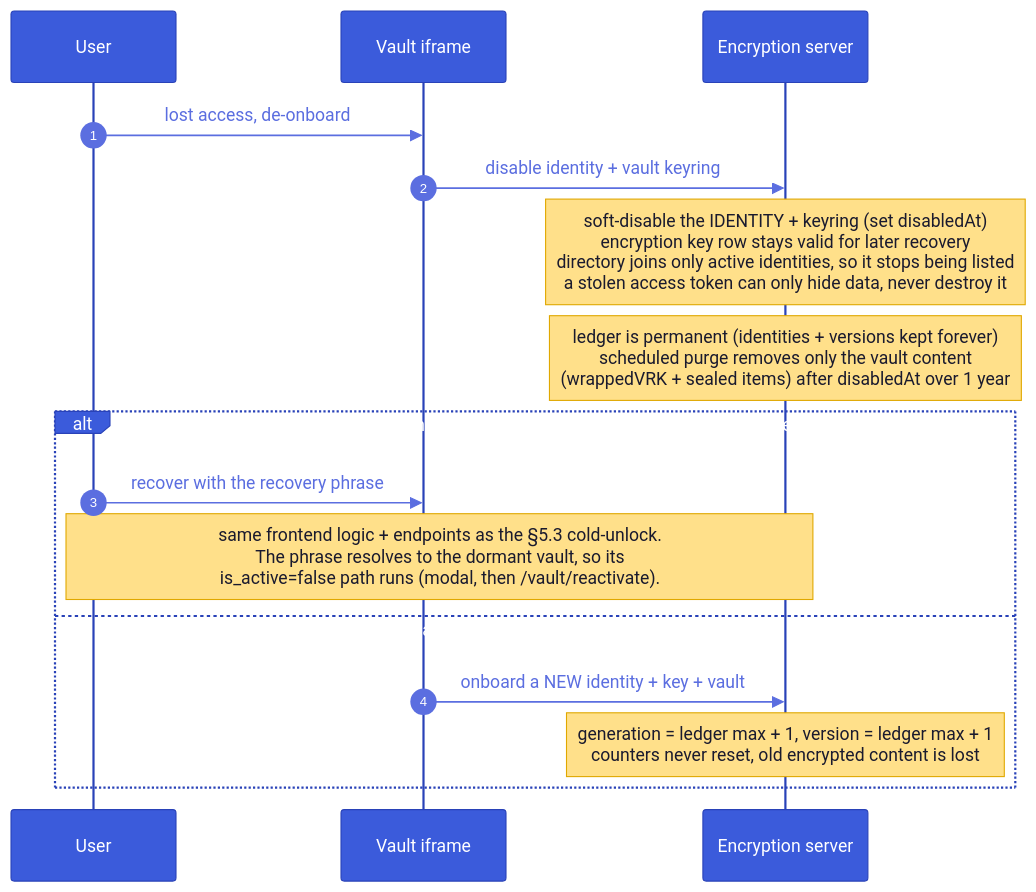
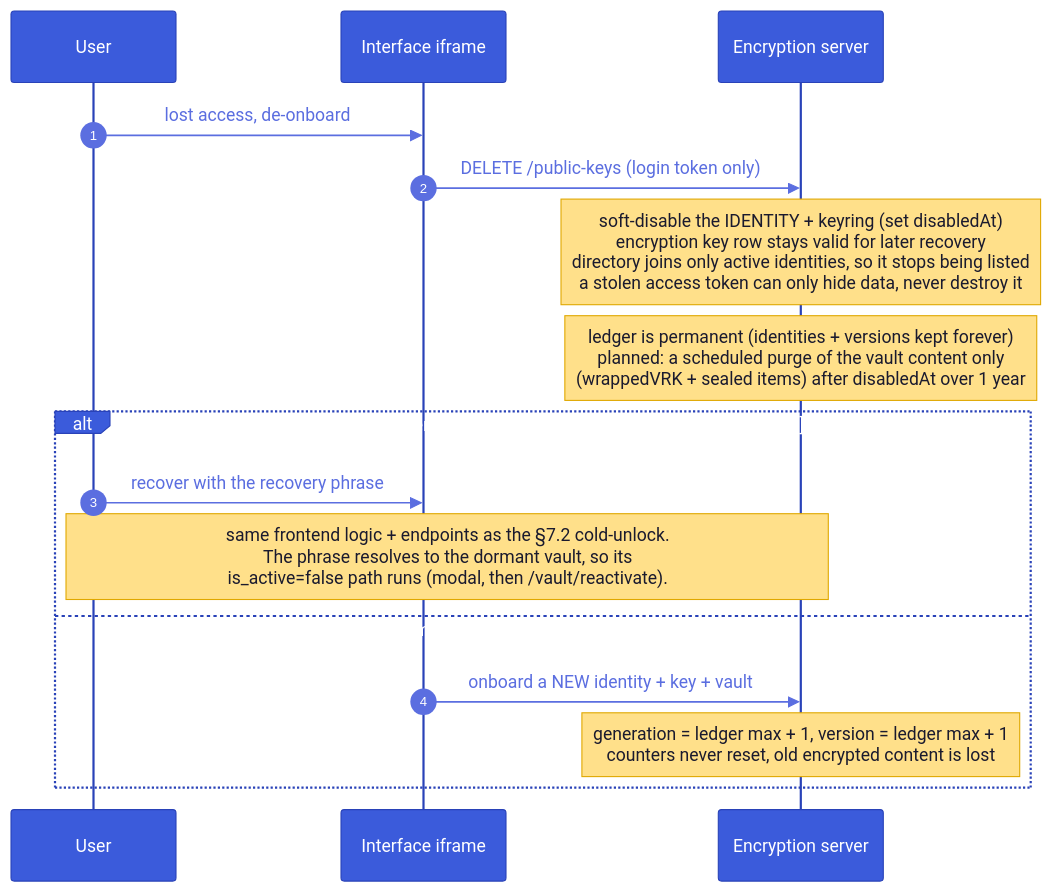
Before and after one commit to suitenumerique/encryption: diagram 19 of 24 in architecture.md, drawn with Mermaid. The commit also changed other lines of this file and 24 other files, not shown here.

Commit message:
fix(crypto): encrypt with xchacha20-poly1305 aead instead of xsalsa20 secretbox as documented + harden vault integrity checks & chore(docs): rework the architecture document

````diff
--- a/architecture.md
+++ b/architecture.md
@@ -571,19 +1277,19 @@
 ```mermaid
-%%{init: {'theme':'base','themeVariables':{'actorBkg':'#3b5bdb','actorTextColor':'#fff','actorBorder':'#2942b8','signalColor':'#5b6ee0','signalTextColor':'#5b6ee0','noteBkgColor':'#ffe08a','noteTextColor':'#1a1a2e','noteBorderColor':'#e0a800','sequenceNumberColor':'#fff'}}}%%
+%%{init: {'theme':'base','look':'classic','themeVariables':{'actorBkg':'#3b5bdb','actorTextColor':'#fff','actorBorder':'#2942b8','signalColor':'#5b6ee0','signalTextColor':'#5b6ee0','noteBkgColor':'#ffe08a','noteTextColor':'#1a1a2e','noteBorderColor':'#e0a800','sequenceNumberColor':'#fff'}}}%%
 sequenceDiagram
   autonumber
   participant U as User
-  participant V as Vault iframe
+  participant V as Interface iframe
   participant API as Encryption server
   U->>V: lost access, de-onboard
-  V->>API: disable identity + vault keyring
+  V->>API: DELETE /public-keys (login token only)
   Note over API: soft-disable the IDENTITY + keyring (set disabledAt)<br/>encryption key row stays valid for later recovery<br/>directory joins only active identities, so it stops being listed<br/>a stolen access token can only hide data, never destroy it
-  Note over API: ledger is permanent (identities + versions kept forever)<br/>scheduled purge removes only the vault content<br/>(wrappedVRK + sealed items) after disabledAt over 1 year
+  Note over API: ledger is permanent (identities + versions kept forever)<br/>planned: a scheduled purge of the vault content only<br/>(wrappedVRK + sealed items) after disabledAt over 1 year
   alt within retention window, user re-enters the recovery phrase
     U->>V: recover with the recovery phrase
-    Note over U,API: same frontend logic + endpoints as the §5.3 cold-unlock.<br/>The phrase resolves to the dormant vault, so its<br/>is_active=false path runs (modal, then /vault/reactivate).
+    Note over U,API: same frontend logic + endpoints as the §7.2 cold-unlock.<br/>The phrase resolves to the dormant vault, so its<br/>is_active=false path runs (modal, then /vault/reactivate).
   else phrase matches nothing or vault already purged
     V->>API: onboard a NEW identity + key + vault
     Note over API: generation = ledger max + 1, version = ledger max + 1<br/>counters never reset, old encrypted content is lost
   end
 ```
````
